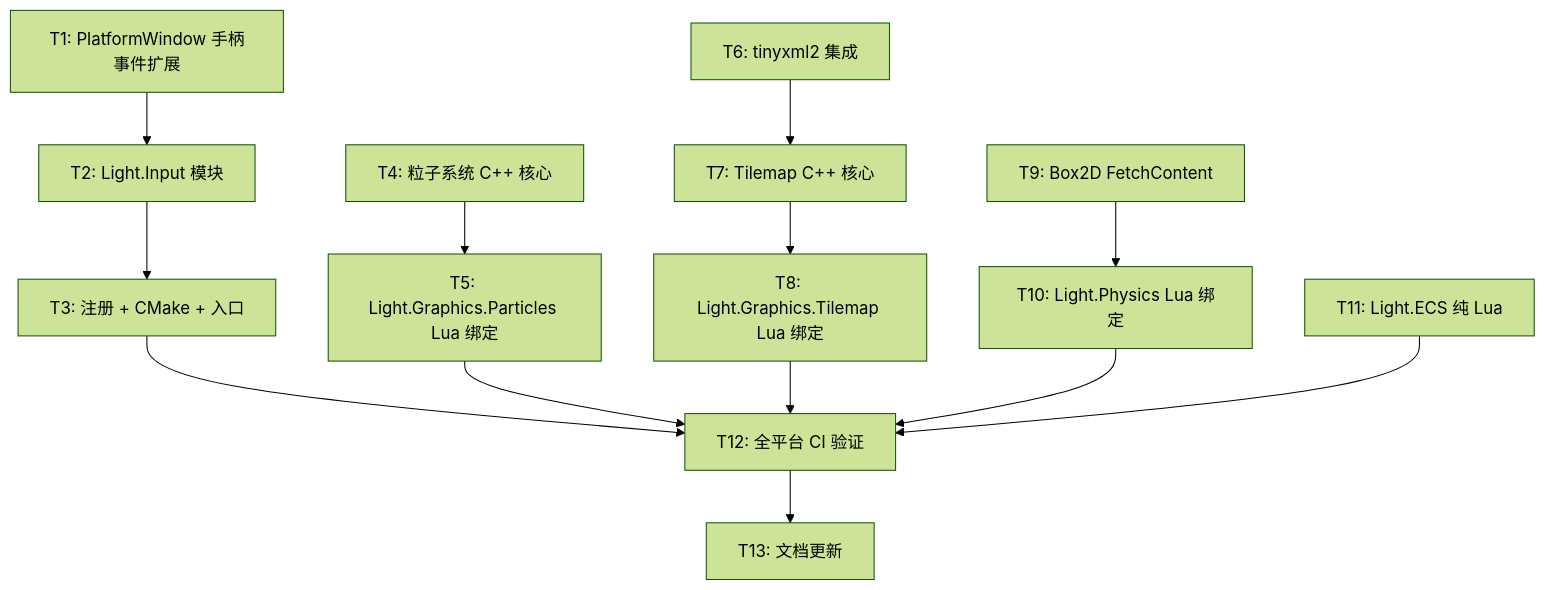
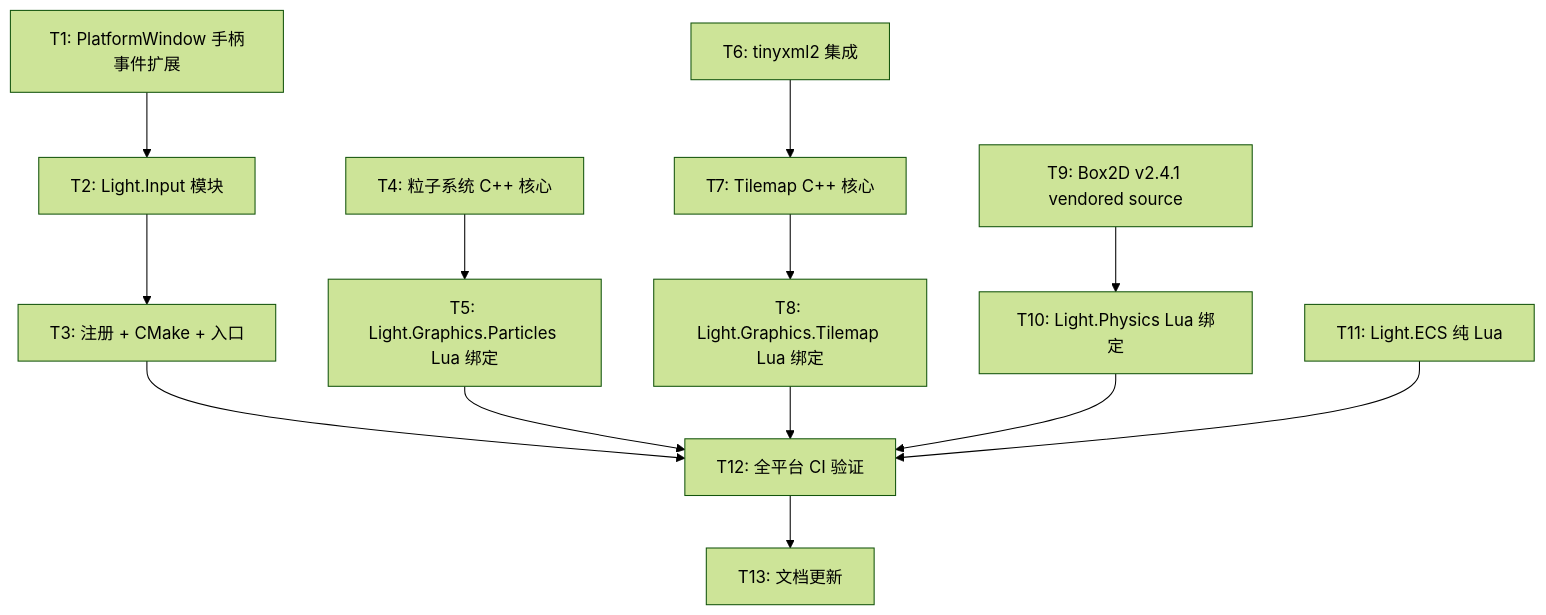
One commit to futzhj/ChocoLightEngine changed the diagram in docs/Phase2游戏能力/TASK_Phase2.md. Above: the diagram before and after it, drawn with Mermaid (forest theme). The commit also changed other lines of this file and 10 other files, not shown here.

````diff
--- a/docs/Phase2游戏能力/TASK_Phase2.md
+++ b/docs/Phase2游戏能力/TASK_Phase2.md
@@ -5,16 +5,16 @@
 ```mermaid
 graph TD
     T1[T1: PlatformWindow 手柄事件扩展] --> T2[T2: Light.Input 模块]
     T2 --> T3[T3: 注册 + CMake + 入口]
     T4[T4: 粒子系统 C++ 核心] --> T5[T5: Light.Graphics.Particles Lua 绑定]
     T6[T6: tinyxml2 集成] --> T7[T7: Tilemap C++ 核心]
     T7 --> T8[T8: Light.Graphics.Tilemap Lua 绑定]
-    T9[T9: Box2D FetchContent] --> T10[T10: Light.Physics Lua 绑定]
+    T9[T9: Box2D v2.4.1 vendored source] --> T10[T10: Light.Physics Lua 绑定]
     T11[T11: Light.ECS 纯 Lua]
     T3 --> T12[T12: 全平台 CI 验证]
     T5 --> T12
     T8 --> T12
     T10 --> T12
     T11 --> T12
     T12 --> T13[T13: 文档更新]
 ```
````
